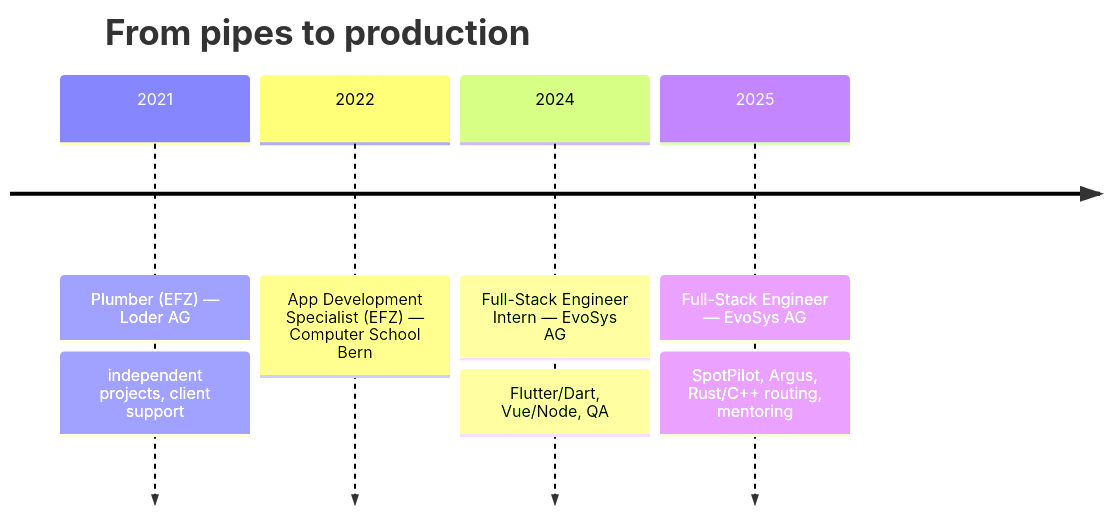
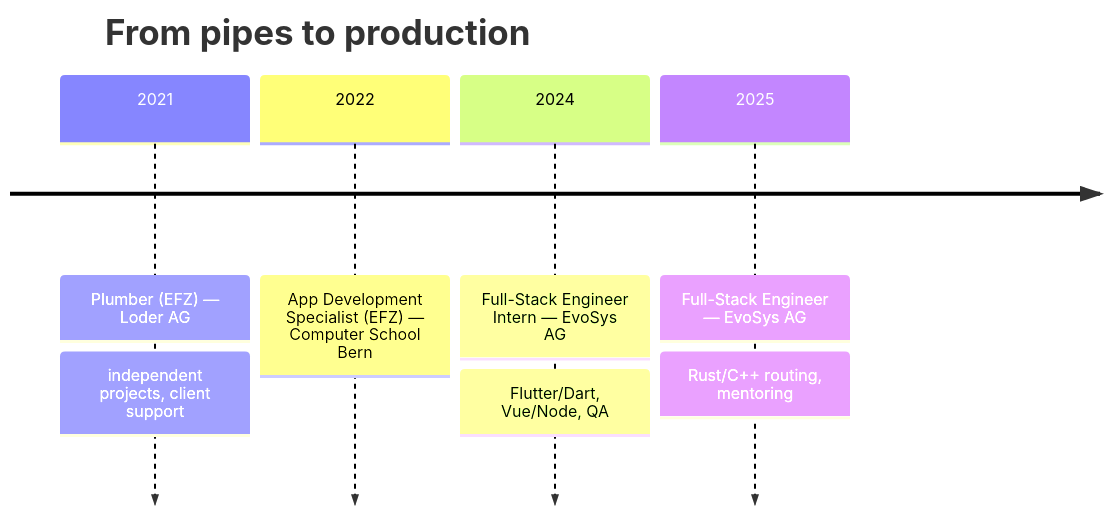
Before and after one commit to Jl115/Jl115: the first of 2 diagrams in README.md, drawn with Mermaid. The commit also changed other lines of this file and 1 other file, not shown here.

````diff
--- a/README.md
+++ b/README.md
@@ -36,8 +26,8 @@
 ```mermaid
 timeline
     title From pipes to production
     2021 : Plumber (EFZ) — Loder AG : independent projects, client support
     2022 : App Development Specialist (EFZ) — Computer School Bern
     2024 : Full-Stack Engineer Intern — EvoSys AG : Flutter/Dart, Vue/Node, QA
-    2025 : Full-Stack Engineer — EvoSys AG : SpotPilot, Argus, Rust/C++ routing, mentoring
+    2025 : Full-Stack Engineer — EvoSys AG : Rust/C++ routing, mentoring
 ```
````
